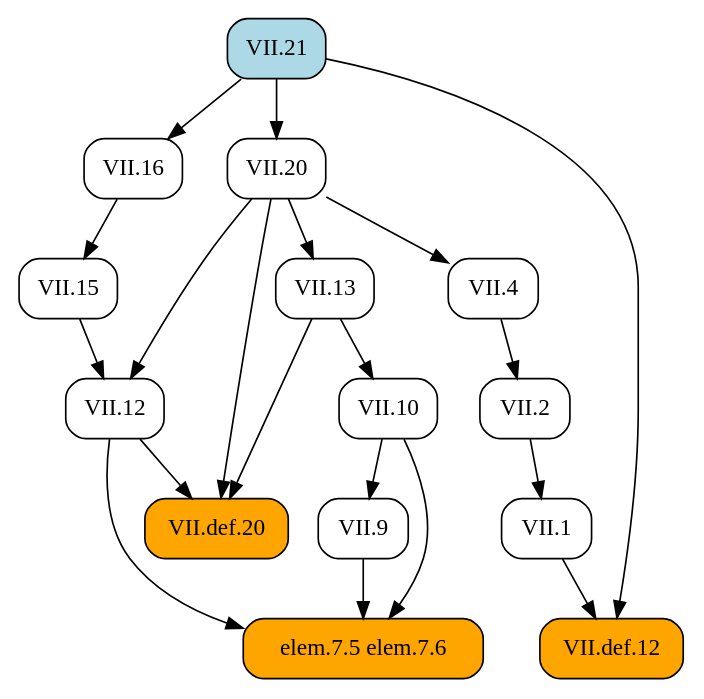
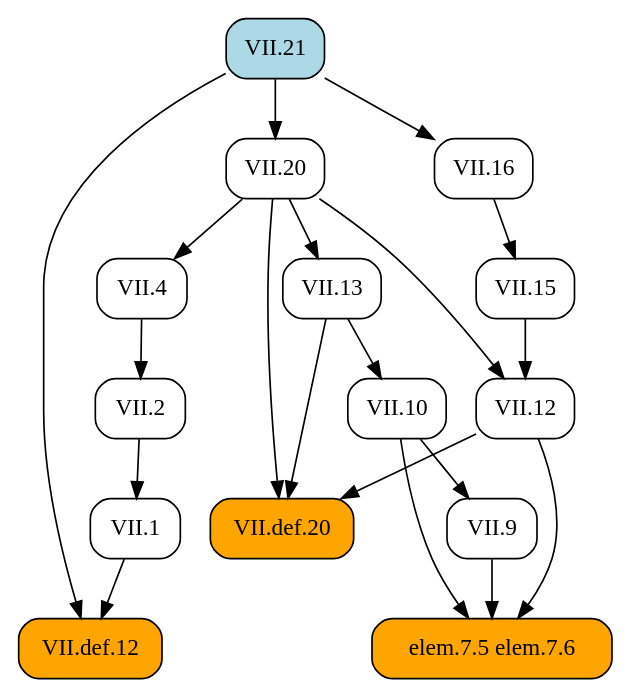
Before and after one commit to geometor/elements: the diagram in docsrc/heath/VII/21/index.rst, drawn with Graphviz. The commit also changed other lines of this file and 1029 other files, not shown here.

```diff
--- a/docsrc/heath/VII/21/index.rst
+++ b/docsrc/heath/VII/21/index.rst
@@ -44,39 +44,39 @@
 .. graphviz::
 
    digraph {
      rankdir="TB";
      node [shape=box, style=rounded];
+     "elem.7.5 elem.7.6" [style="rounded,filled", fillcolor=orange];
      "VII.20" [URL="/heath/VII/20/", target="_top"];
-     "VII.4" [URL="/heath/VII/4/", target="_top"];
      "VII.def.12" [style="rounded,filled", fillcolor=orange, URL="/heath/VII/def.12/", target="_top"];
-     "VII.12" [URL="/heath/VII/12/", target="_top"];
-     "VII.15" [URL="/heath/VII/15/", target="_top"];
-     "VII.2" [URL="/heath/VII/2/", target="_top"];
-     "VII.9" [URL="/heath/VII/9/", target="_top"];
-     "VII.def.20" [style="rounded,filled", fillcolor=orange, URL="/heath/VII/def.20/", target="_top"];
-     "elem.7.5 elem.7.6" [style="rounded,filled", fillcolor=orange];
-     "VII.16" [URL="/heath/VII/16/", target="_top"];
-     "VII.13" [URL="/heath/VII/13/", target="_top"];
      "VII.1" [URL="/heath/VII/1/", target="_top"];
      "VII.10" [URL="/heath/VII/10/", target="_top"];
+     "VII.9" [URL="/heath/VII/9/", target="_top"];
+     "VII.13" [URL="/heath/VII/13/", target="_top"];
+     "VII.2" [URL="/heath/VII/2/", target="_top"];
+     "VII.16" [URL="/heath/VII/16/", target="_top"];
+     "VII.12" [URL="/heath/VII/12/", target="_top"];
+     "VII.4" [URL="/heath/VII/4/", target="_top"];
+     "VII.15" [URL="/heath/VII/15/", target="_top"];
      "VII.21" [style="rounded,filled", fillcolor=lightblue, URL="/heath/VII/21/", target="_top"];
+     "VII.def.20" [style="rounded,filled", fillcolor=orange, URL="/heath/VII/def.20/", target="_top"];
+     "VII.9" -> "elem.7.5 elem.7.6";
+     "VII.10" -> "elem.7.5 elem.7.6";
+     "VII.12" -> "elem.7.5 elem.7.6";
      "VII.21" -> "VII.20";
-     "VII.20" -> "VII.4";
      "VII.1" -> "VII.def.12";
      "VII.21" -> "VII.def.12";
+     "VII.2" -> "VII.1";
+     "VII.13" -> "VII.10";
+     "VII.10" -> "VII.9";
+     "VII.20" -> "VII.13";
+     "VII.4" -> "VII.2";
+     "VII.21" -> "VII.16";
      "VII.15" -> "VII.12";
      "VII.20" -> "VII.12";
+     "VII.20" -> "VII.4";
      "VII.16" -> "VII.15";
-     "VII.4" -> "VII.2";
-     "VII.10" -> "VII.9";
      "VII.12" -> "VII.def.20";
      "VII.13" -> "VII.def.20";
      "VII.20" -> "VII.def.20";
-     "VII.9" -> "elem.7.5 elem.7.6";
-     "VII.10" -> "elem.7.5 elem.7.6";
-     "VII.12" -> "elem.7.5 elem.7.6";
-     "VII.21" -> "VII.16";
-     "VII.20" -> "VII.13";
-     "VII.2" -> "VII.1";
-     "VII.13" -> "VII.10";
    }
```
